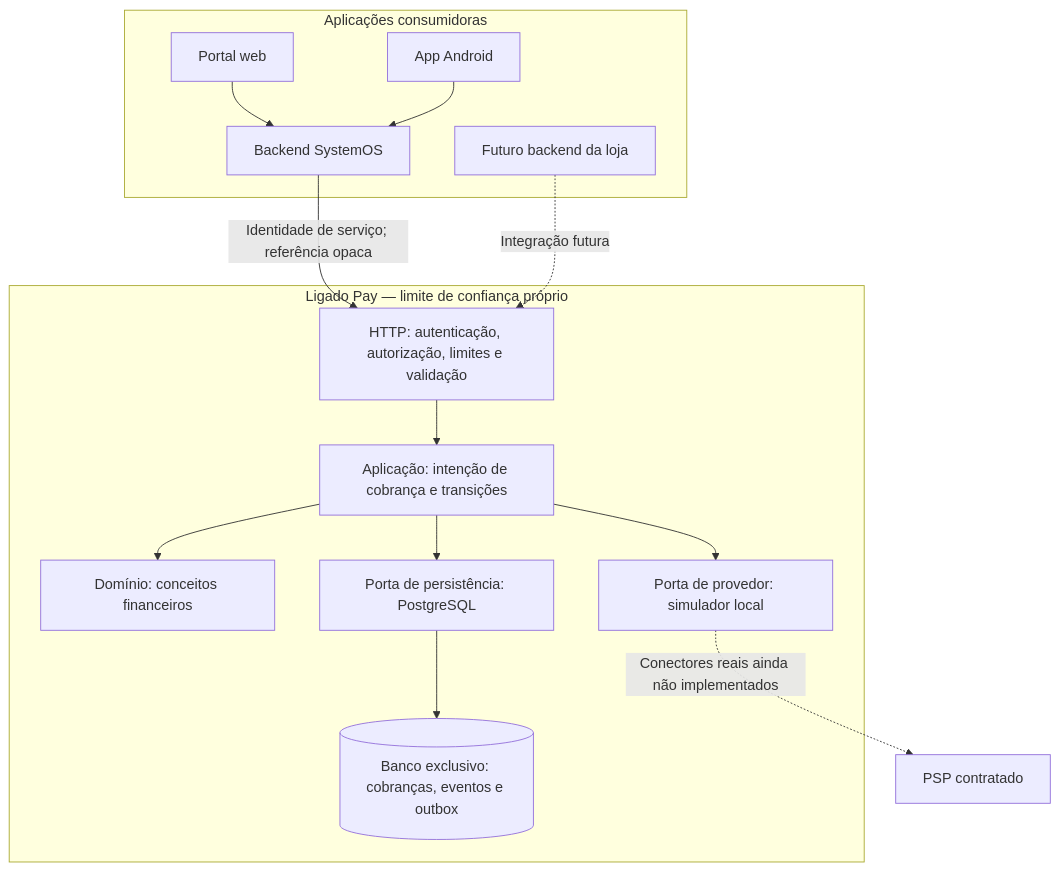
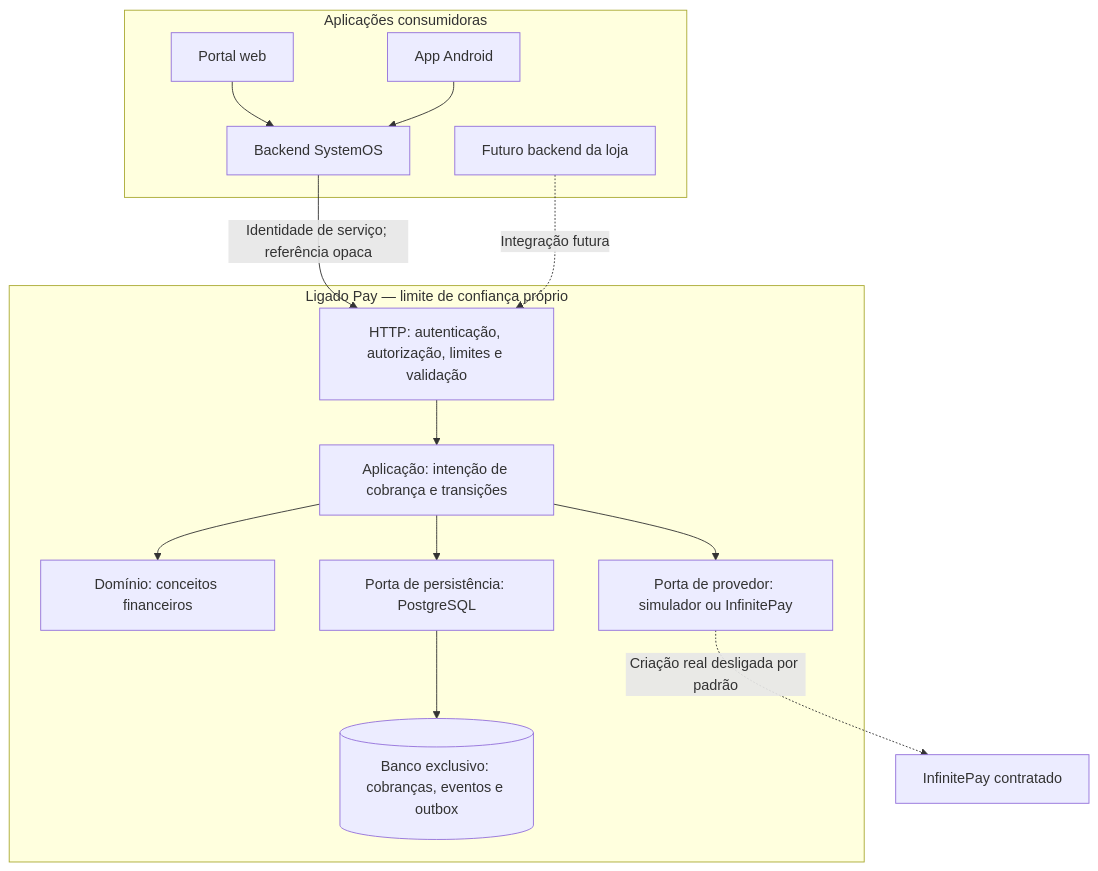
One commit to EmmanuelHumberto/ligado-pay changed the diagram in docs/arquitetura.md. Above: the diagram before and after it, drawn with Mermaid. The commit also changed other lines of this file and 29 other files, not shown here.

````diff
--- a/docs/arquitetura.md
+++ b/docs/arquitetura.md
@@ -5,23 +5,23 @@
 ```mermaid
 flowchart TB
   subgraph consumers[Aplicações consumidoras]
     portal[Portal web] --> os[Backend SystemOS]
     app[App Android] --> os
     shop[Futuro backend da loja]
   end
   subgraph gateway[Ligado Pay — limite de confiança próprio]
     http[HTTP: autenticação, autorização, limites e validação]
     service[Aplicação: intenção de cobrança e transições]
     domain[Domínio: conceitos financeiros]
-    adapter[Porta de provedor: simulador local]
+    adapter[Porta de provedor: simulador ou InfinitePay]
     repo[Porta de persistência: PostgreSQL]
     http --> service
     service --> domain
     service --> adapter
     service --> repo
     repo --> db[(Banco exclusivo: cobranças, eventos e outbox)]
   end
   os -->|Identidade de serviço; referência opaca| http
   shop -.->|Integração futura| http
-  adapter -.->|Conectores reais ainda não implementados| psp[PSP contratado]
+  adapter -.->|Criação real desligada por padrão| psp[InfinitePay contratado]
 ```
````
